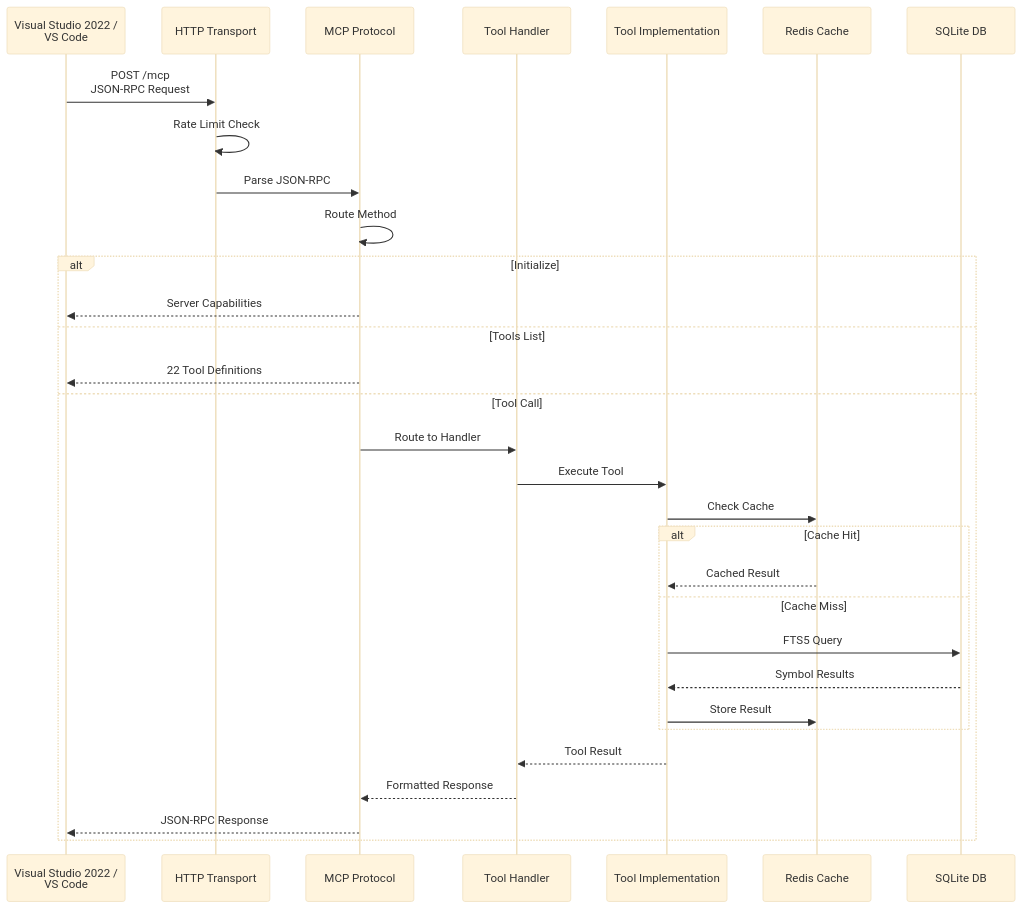
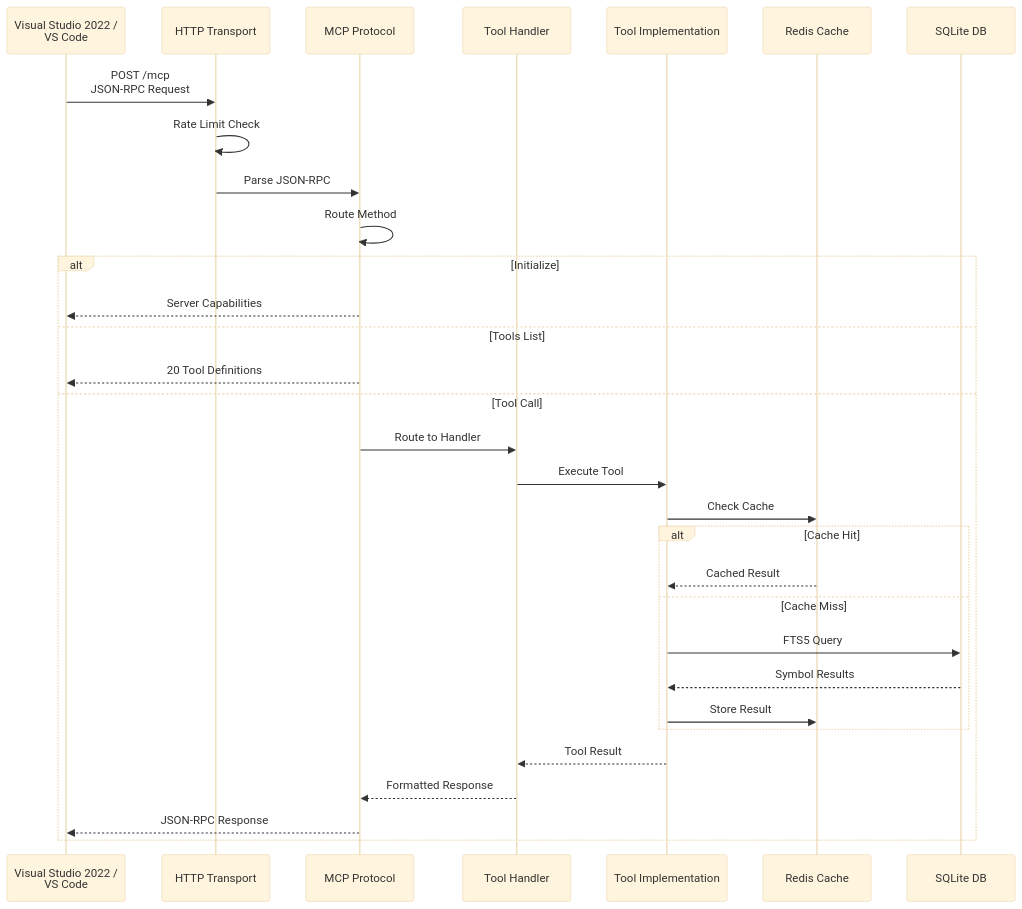
Before and after one commit to tfranczyk/d365fo-mcp-server: the second of 17 diagrams in docs/ARCHITECTURE.md, drawn with Mermaid (base theme). The commit also changed other lines of this file and 13 other files, not shown here.

Commit message:
feat: Implement dual-database architecture for performance optimization; separate symbols and labels databases to enhance search efficiency and reduce overall database size

````diff
--- a/docs/ARCHITECTURE.md
+++ b/docs/ARCHITECTURE.md
@@ -64,35 +67,35 @@
 ```mermaid
 sequenceDiagram
     participant IDE as Visual Studio 2022 /<br/>VS Code
     participant HTTP as HTTP Transport
     participant MCP as MCP Protocol
     participant Handler as Tool Handler
     participant Tool as Tool Implementation
     participant Cache as Redis Cache
     participant DB as SQLite DB
 
     IDE->>HTTP: POST /mcp<br/>JSON-RPC Request
     HTTP->>HTTP: Rate Limit Check
     HTTP->>MCP: Parse JSON-RPC
     MCP->>MCP: Route Method
     
     alt Initialize
         MCP-->>IDE: Server Capabilities
     else Tools List
-        MCP-->>IDE: 22 Tool Definitions
+        MCP-->>IDE: 20 Tool Definitions
     else Tool Call
         MCP->>Handler: Route to Handler
         Handler->>Tool: Execute Tool
         Tool->>Cache: Check Cache
         alt Cache Hit
             Cache-->>Tool: Cached Result
         else Cache Miss
             Tool->>DB: FTS5 Query
             DB-->>Tool: Symbol Results
             Tool->>Cache: Store Result
         end
         Tool-->>Handler: Tool Result
         Handler-->>MCP: Formatted Response
         MCP-->>IDE: JSON-RPC Response
     end
 ```
````
